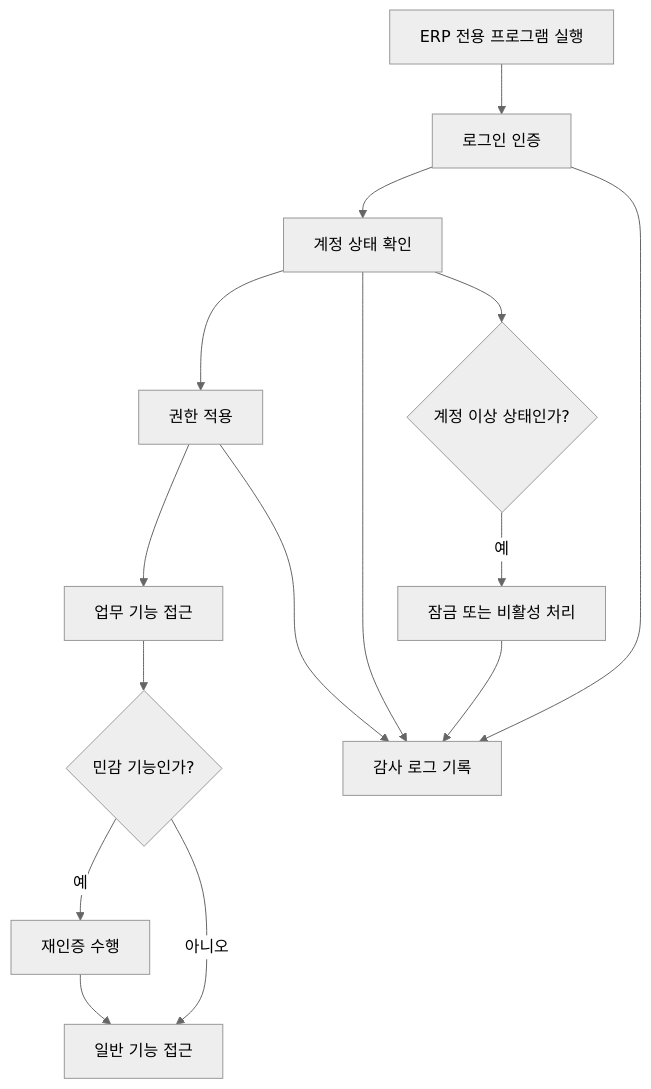
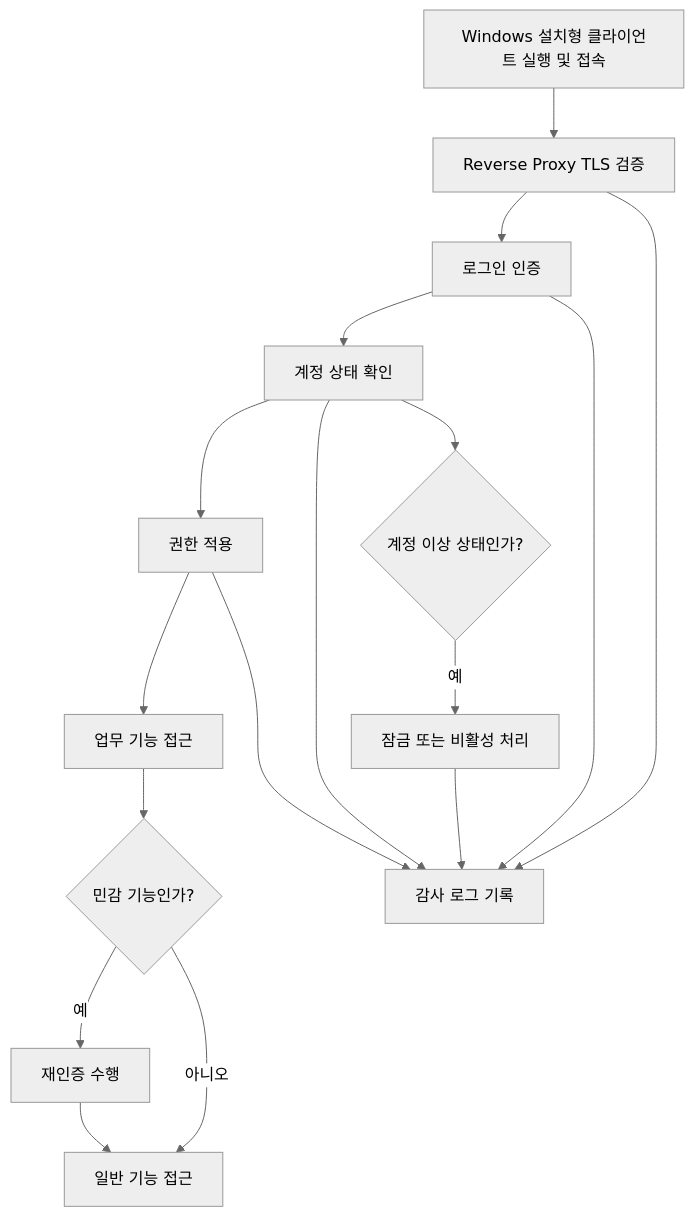
Before and after one commit to hayounggwang6684/MyErp: the diagram in docs/security/01-security-operations-summary.md, drawn with Mermaid (neutral theme). The commit also changed other lines of this file and 61 other files, not shown here.

````diff
--- a/docs/security/01-security-operations-summary.md
+++ b/docs/security/01-security-operations-summary.md
@@ -24,20 +24,22 @@
 ```mermaid
 flowchart TD
 
-A[ERP 전용 프로그램 실행] --> B[로그인 인증]
-B --> C[계정 상태 확인]
-C --> D[권한 적용]
-D --> E[업무 기능 접근]
+A[Windows 설치형 클라이언트 실행 및 접속] --> B[Reverse Proxy TLS 검증]
+B --> C[로그인 인증]
+C --> D[계정 상태 확인]
+D --> E[권한 적용]
+E --> F[업무 기능 접근]
 
-B --> F[감사 로그 기록]
-C --> F
-D --> F
-E --> G{민감 기능인가?}
-G -->|예| H[재인증 수행]
-G -->|아니오| I[일반 기능 접근]
-H --> I
+B --> G[감사 로그 기록]
+C --> G
+D --> G
+E --> G
+F --> H{민감 기능인가?}
+H -->|예| I[재인증 수행]
+H -->|아니오| J[일반 기능 접근]
+I --> J
 
-C --> J{계정 이상 상태인가?}
-J -->|예| K[잠금 또는 비활성 처리]
-K --> F
+D --> K{계정 이상 상태인가?}
+K -->|예| L[잠금 또는 비활성 처리]
+L --> G
 ```
````
